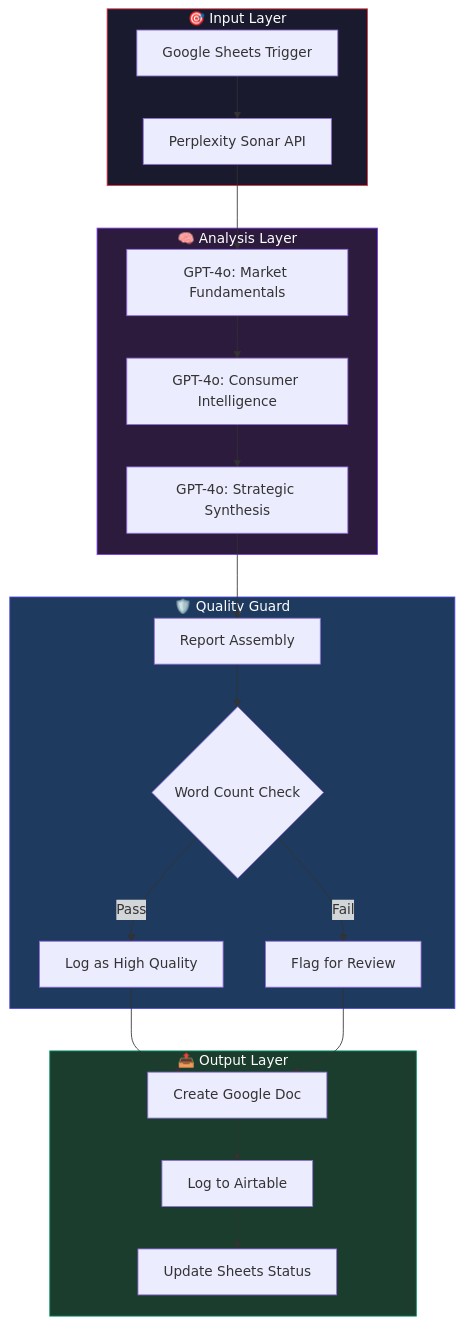
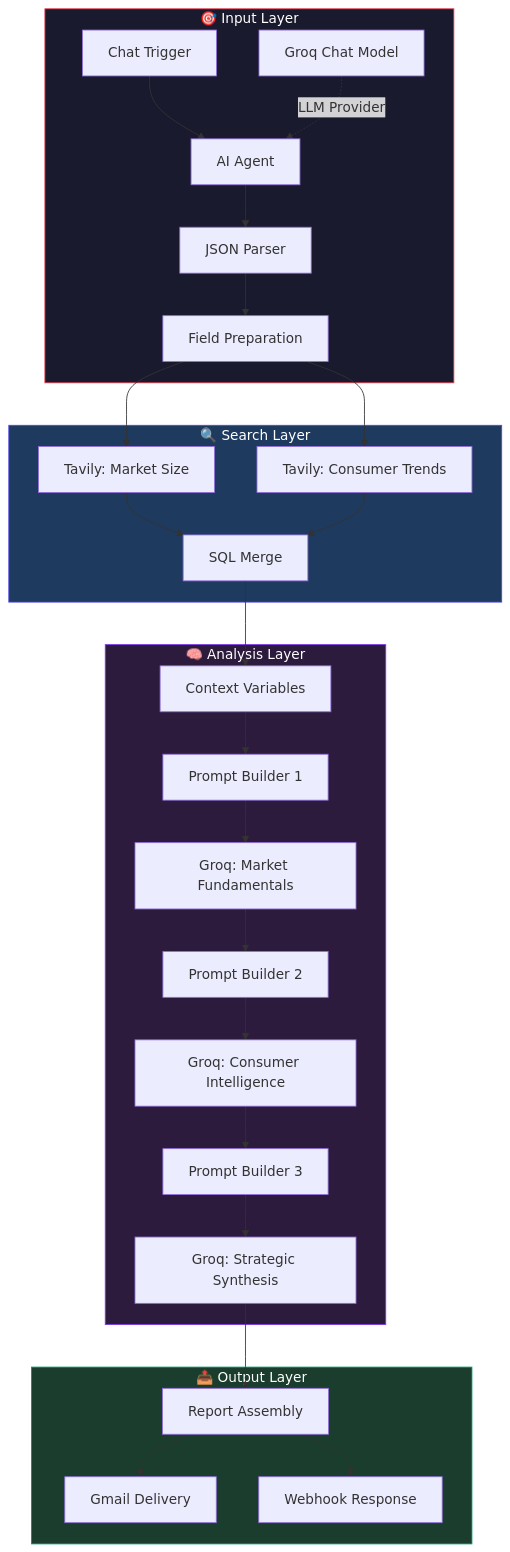
Before and after one commit to RishabJainhub/market-research-pipeline: the first of 2 diagrams in ARCHITECTURE.md, drawn with Mermaid. The commit also changed other lines of this file and 7 other files, not shown here.

Commit message:
docs: restore original Tavily + Groq architecture with Elite visuals

````diff
--- a/ARCHITECTURE.md
+++ b/ARCHITECTURE.md
@@ -22,31 +24,37 @@
 ```mermaid
 graph TD
     subgraph INPUT ["🎯 Input Layer"]
-        A[Google Sheets Trigger] --> B[Perplexity Sonar API]
+        A[Chat Trigger] --> B[AI Agent]
+        C[Groq Chat Model] -.->|LLM Provider| B
+        B --> D[JSON Parser]
+        D --> E[Field Preparation]
+    end
+
+    subgraph SEARCH ["🔍 Search Layer"]
+        E --> F[Tavily: Market Size]
+        E --> G[Tavily: Consumer Trends]
+        F --> H[SQL Merge]
+        G --> H
     end
 
     subgraph ANALYSIS ["🧠 Analysis Layer"]
-        B --> C[GPT-4o: Market Fundamentals]
-        C --> D[GPT-4o: Consumer Intelligence]
-        D --> E[GPT-4o: Strategic Synthesis]
-    end
-
-    subgraph QUALITY ["🛡️ Quality Guard"]
-        E --> F[Report Assembly]
-        F --> G{Word Count Check}
-        G -->|Pass| H[Log as High Quality]
-        G -->|Fail| I[Flag for Review]
+        H --> I[Context Variables]
+        I --> J[Prompt Builder 1]
+        J --> K[Groq: Market Fundamentals]
+        K --> L[Prompt Builder 2]
+        L --> M[Groq: Consumer Intelligence]
+        M --> N[Prompt Builder 3]
+        N --> O[Groq: Strategic Synthesis]
     end
 
     subgraph OUTPUT ["📤 Output Layer"]
-        H --> J[Create Google Doc]
-        I --> J
-        J --> K[Log to Airtable]
-        K --> L[Update Sheets Status]
+        O --> P[Report Assembly]
+        P --> Q[Gmail Delivery]
+        P --> R[Webhook Response]
     end
 
     style INPUT fill:#1a1a2e,stroke:#e63946,color:#fff
+    style SEARCH fill:#1e3a5f,stroke:#4F46E5,color:#fff
     style ANALYSIS fill:#2d1b3d,stroke:#7C3AED,color:#fff
-    style QUALITY fill:#1e3a5f,stroke:#4F46E5,color:#fff
     style OUTPUT fill:#1b3d2d,stroke:#059669,color:#fff
 ```
````
